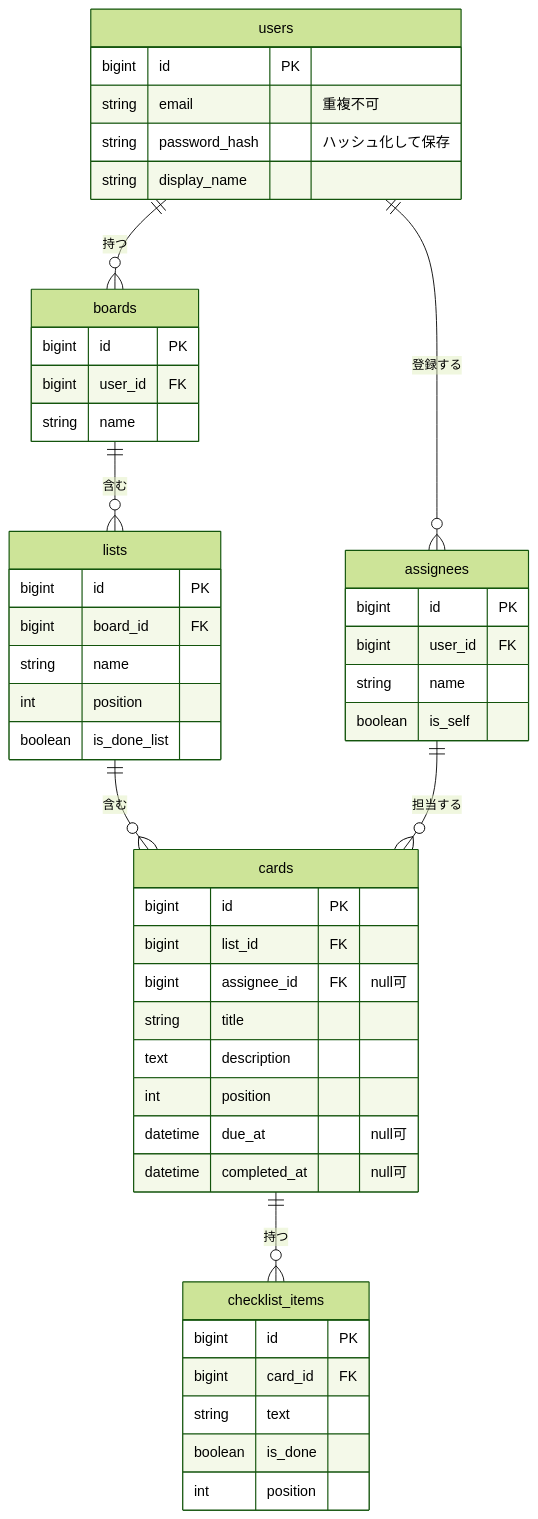
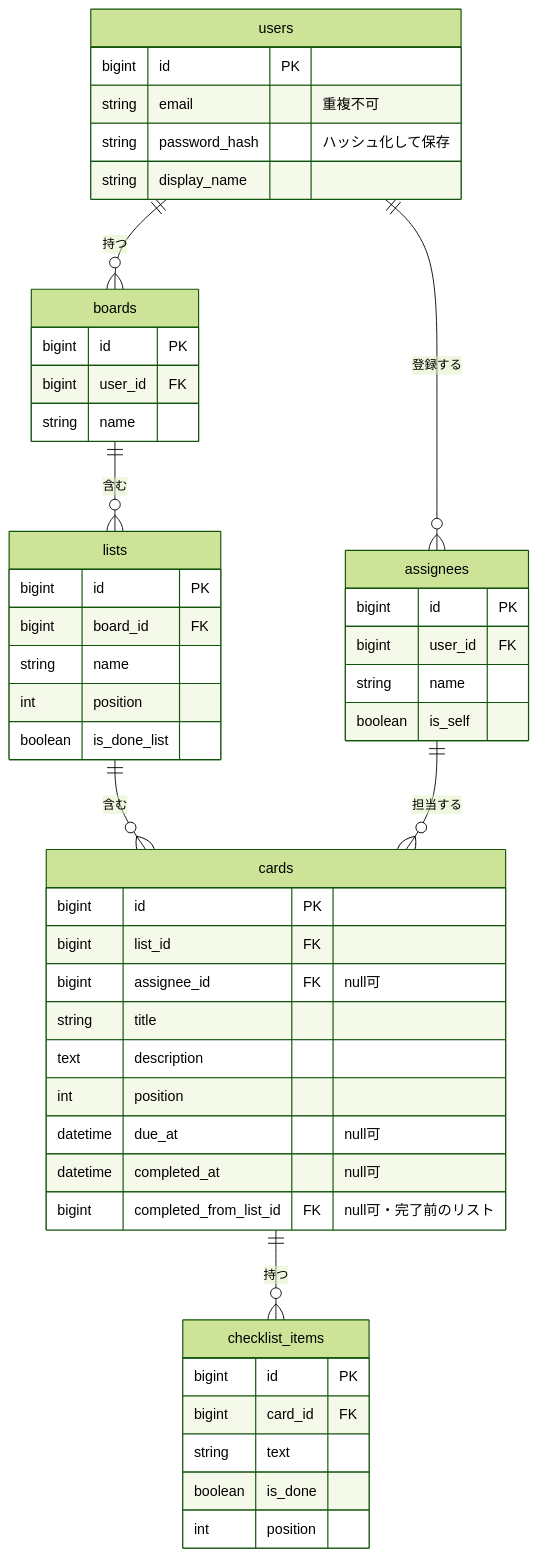
The diagram in docs/mvp-scope.md (Fumiko2026/task-management), drawn with Mermaid (forest theme) before and after one commit. The commit also changed 3 other files, not shown here.

````diff
--- a/docs/mvp-scope.md
+++ b/docs/mvp-scope.md
@@ -59,51 +59,52 @@
 ```mermaid
 erDiagram
     users ||--o{ boards : "持つ"
     users ||--o{ assignees : "登録する"
     boards ||--o{ lists : "含む"
     lists ||--o{ cards : "含む"
     assignees ||--o{ cards : "担当する"
     cards ||--o{ checklist_items : "持つ"
 
     users {
         bigint id PK
         string email "重複不可"
         string password_hash "ハッシュ化して保存"
         string display_name
     }
     boards {
         bigint id PK
         bigint user_id FK
         string name
     }
     lists {
         bigint id PK
         bigint board_id FK
         string name
         int position
         boolean is_done_list
     }
     assignees {
         bigint id PK
         bigint user_id FK
         string name
         boolean is_self
     }
     cards {
         bigint id PK
         bigint list_id FK
         bigint assignee_id FK "null可"
         string title
         text description
         int position
         datetime due_at "null可"
         datetime completed_at "null可"
+        bigint completed_from_list_id FK "null可・完了前のリスト"
     }
     checklist_items {
         bigint id PK
         bigint card_id FK
         string text
         boolean is_done
         int position
     }
 ```
````
